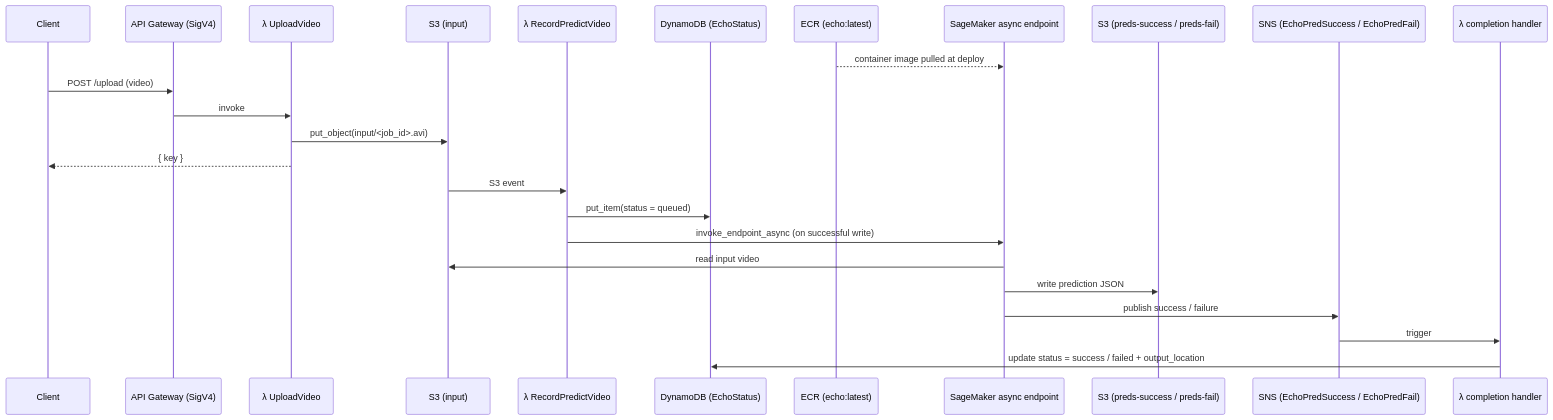
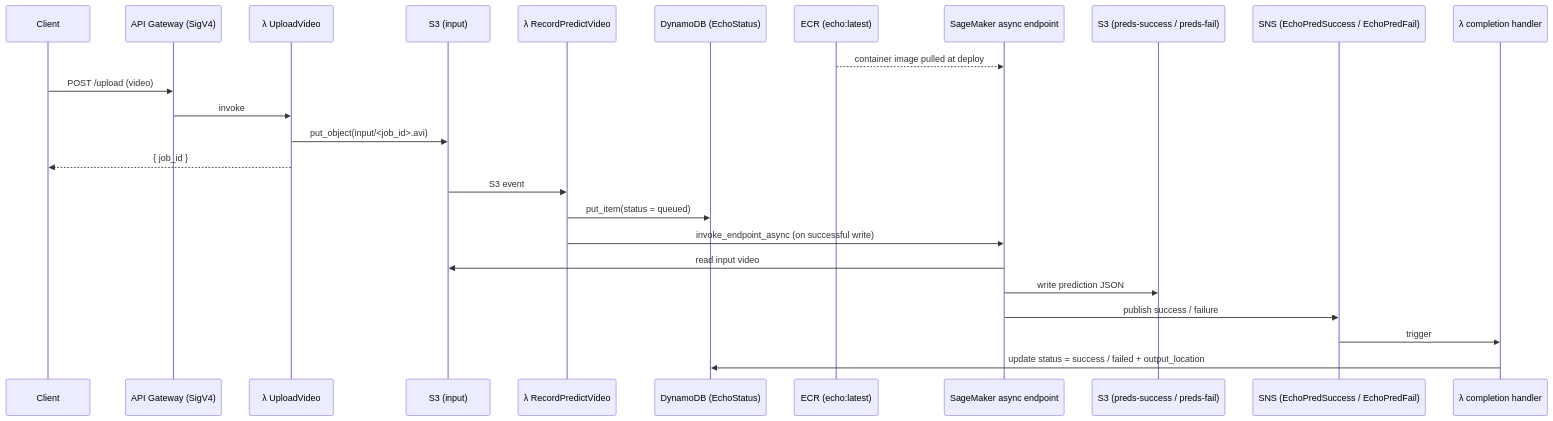
Before and after one commit to MattZackey/SERVE-DISTEF: the first of 2 diagrams in README.md, drawn with Mermaid. The commit also changed other lines of this file, not shown here.

````diff
--- a/README.md
+++ b/README.md
@@ -248,28 +19,28 @@
 ```mermaid
 sequenceDiagram
     participant C as Client
     participant G as API Gateway (SigV4)
     participant U as λ UploadVideo
     participant SI as S3 (input)
     participant R as λ RecordPredictVideo
     participant D as DynamoDB (EchoStatus)
     participant E as ECR (echo:latest)
     participant M as SageMaker async endpoint
     participant SO as S3 (preds-success / preds-fail)
     participant N as SNS (EchoPredSuccess / EchoPredFail)
     participant H as λ completion handler
 
     E-->>M: container image pulled at deploy
     C->>G: POST /upload (video)
     G->>U: invoke
     U->>SI: put_object(input/<job_id>.avi)
-    U-->>C: { key }
+    U-->>C: { job_id }
     SI->>R: S3 event
     R->>D: put_item(status = queued)
     R->>M: invoke_endpoint_async (on successful write)
     M->>SI: read input video
     M->>SO: write prediction JSON
     M->>N: publish success / failure
     N->>H: trigger
     H->>D: update status = success / failed + output_location
 ```
````
